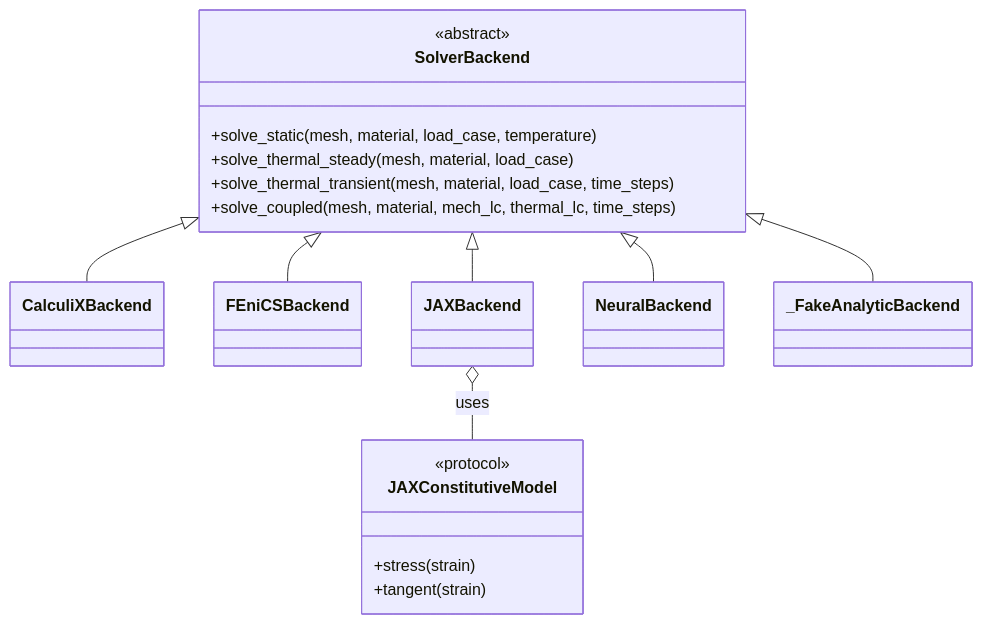
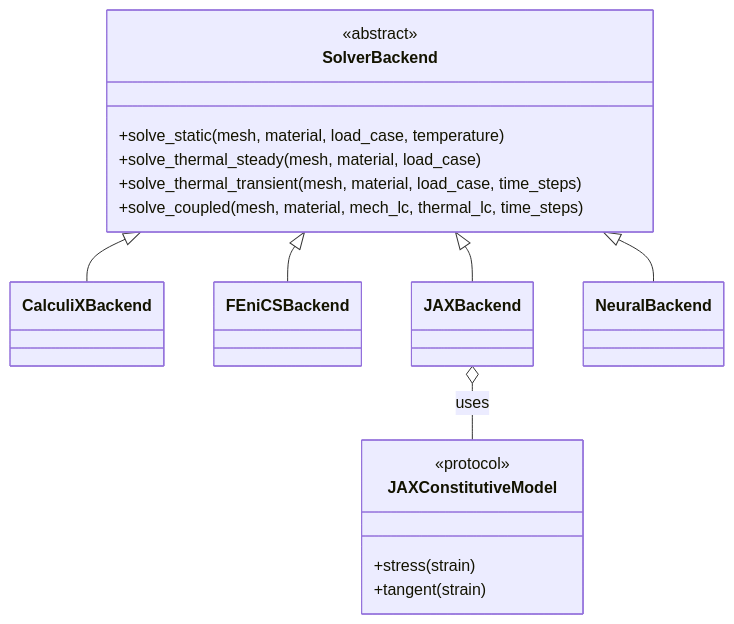
One commit to sonoransun/feaweld changed the diagram in docs/diagrams/solver_backend_hierarchy.mmd. Above: the diagram before and after it, drawn with Mermaid. The commit also changed 53 other files, not shown here.

```diff
--- a/docs/diagrams/solver_backend_hierarchy.mmd
+++ b/docs/diagrams/solver_backend_hierarchy.mmd
@@ -1,24 +1,22 @@
 classDiagram
     class SolverBackend {
         <<abstract>>
         +solve_static(mesh, material, load_case, temperature)
         +solve_thermal_steady(mesh, material, load_case)
         +solve_thermal_transient(mesh, material, load_case, time_steps)
         +solve_coupled(mesh, material, mech_lc, thermal_lc, time_steps)
     }
     class CalculiXBackend
     SolverBackend <|-- CalculiXBackend
     class FEniCSBackend
     SolverBackend <|-- FEniCSBackend
     class JAXBackend
     SolverBackend <|-- JAXBackend
     class NeuralBackend
     SolverBackend <|-- NeuralBackend
-    class _FakeAnalyticBackend
-    SolverBackend <|-- _FakeAnalyticBackend
     class JAXConstitutiveModel {
         <<protocol>>
         +stress(strain)
         +tangent(strain)
     }
     JAXBackend o-- JAXConstitutiveModel : uses
```
